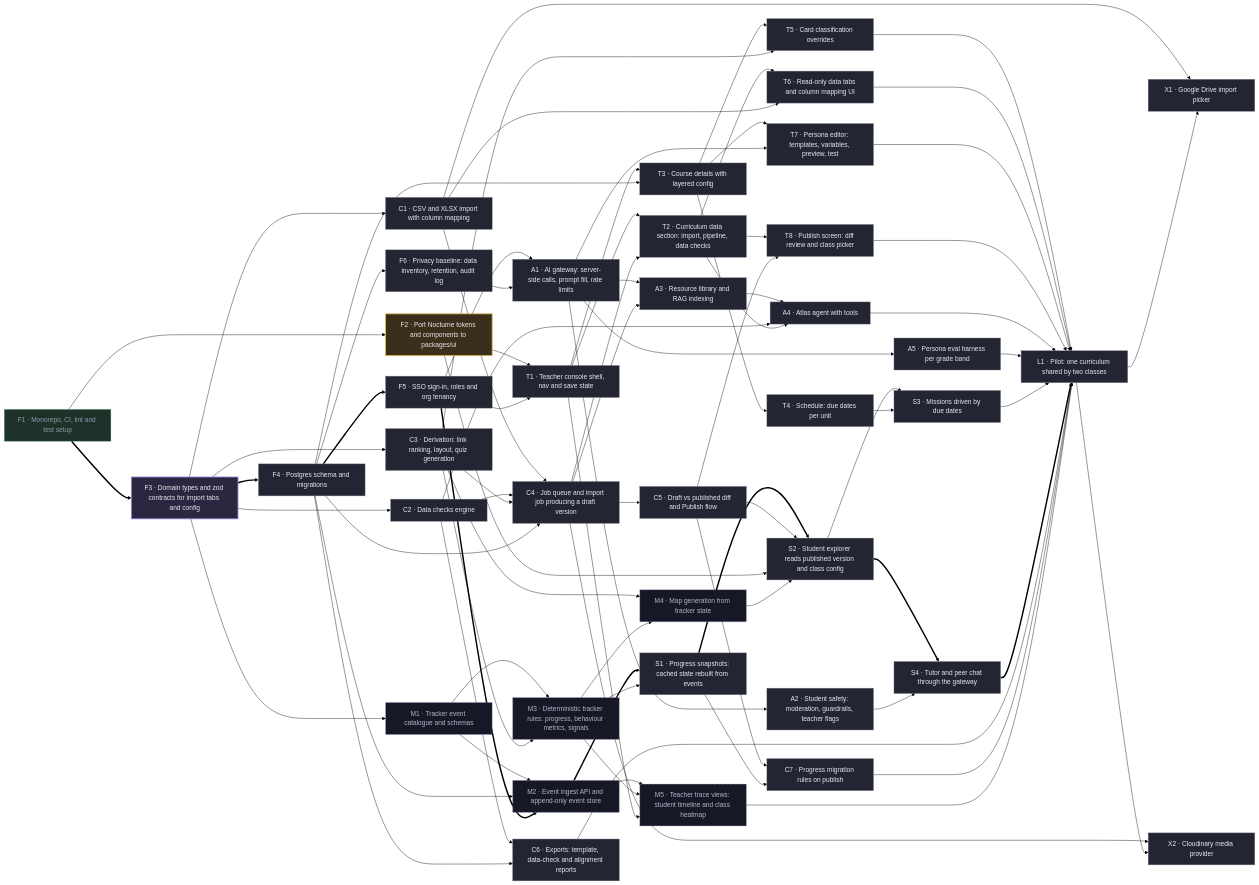
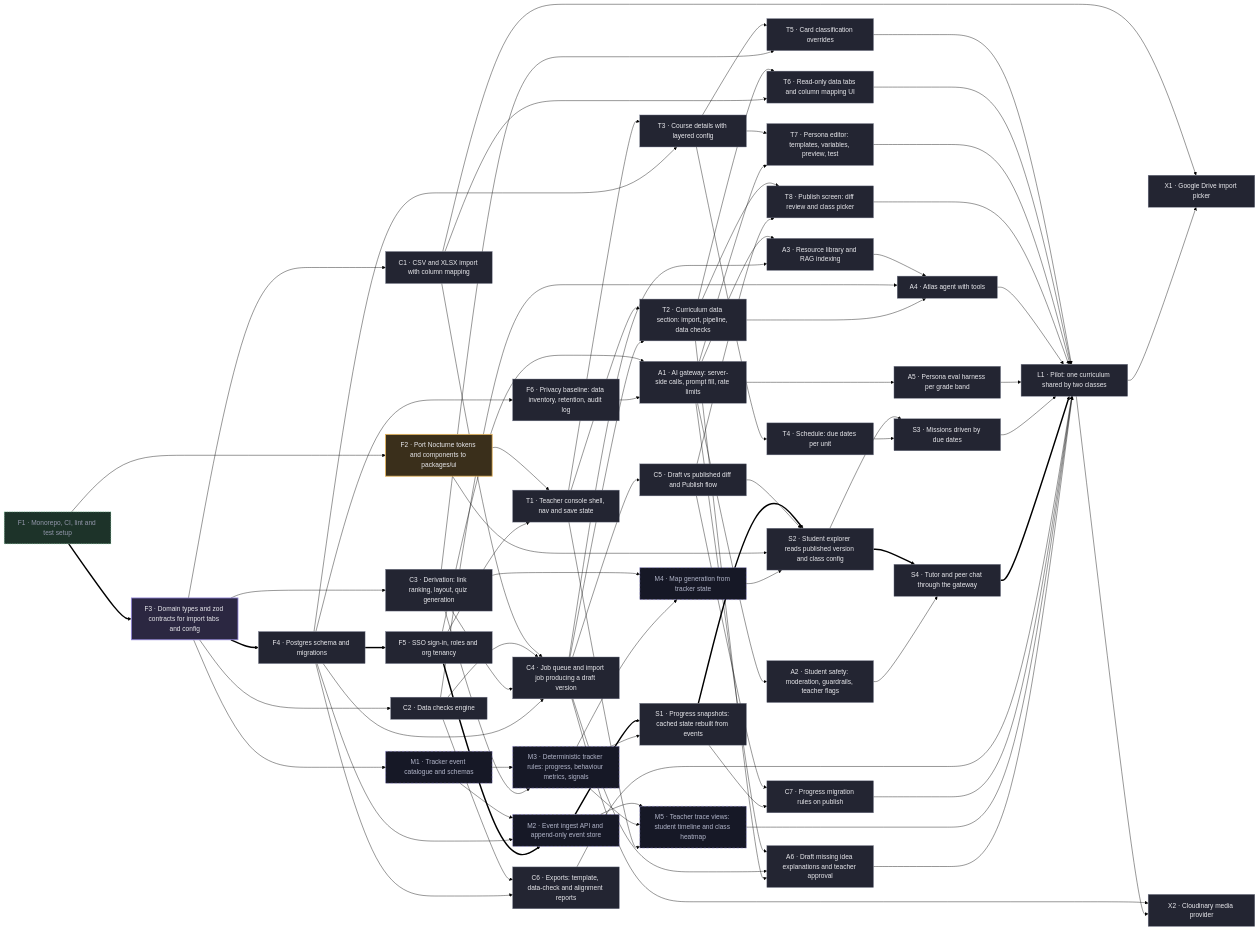
The diagram in docs/PLAN.md (tenkevin/mind-your-tutor), drawn with Mermaid (forest theme) before and after one commit. The commit also changed other lines of this file and 7 other files, not shown here.

First line of the commit message:
D9: idea explanations come from the sheet, with an AI draft as fallback

```diff
--- a/docs/PLAN.md
+++ b/docs/PLAN.md
@@ -107,6 +108,7 @@
   A3["A3 · Resource library and RAG indexing"]
   A4["A4 · Atlas agent with tools"]
   A5["A5 · Persona eval harness per grade band"]
+  A6["A6 · Draft missing idea explanations and teacher approval"]
   S1["S1 · Progress snapshots: cached state rebuilt from events"]
   S2["S2 · Student explorer reads published version and class config"]
   S3["S3 · Missions driven by due dates"]
@@ -166,6 +168,9 @@
   C2 --> A4
   T2 --> A4
   A1 --> A5
+  A1 --> A6
+  C4 --> A6
+  T2 --> A6
   M2 ==> S1
   M3 --> S1
   S1 ==> S2
@@ -187,6 +192,7 @@
   C6 --> L1
   C7 --> L1
   M5 --> L1
+  A6 --> L1
   C1 --> X1
   L1 --> X1
   C4 --> X2
@@ -197,7 +203,7 @@
   classDef review fill:#3a2f1b,stroke:#e6b45c,color:#e9e9ed,stroke-width:2px
   classDef done fill:#1d3329,stroke:#6fcf97,color:#9397ab,stroke-dasharray:3 3
   classDef spec fill:#161826,stroke:#968ae0,color:#b2b6ca,stroke-dasharray:6 4
-  class F4,F5,F6,C1,C2,C3,C4,C5,C6,C7,T1,T2,T3,T4,T5,T6,T7,T8,A1,A2,A3,A4,A5,S1,S2,S3,S4,L1,X1,X2 todo
+  class F4,F5,F6,C1,C2,C3,C4,C5,C6,C7,T1,T2,T3,T4,T5,T6,T7,T8,A1,A2,A3,A4,A5,A6,S1,S2,S3,S4,L1,X1,X2 todo
   class F3 doing
   class F2 review
   class F1 done
```
